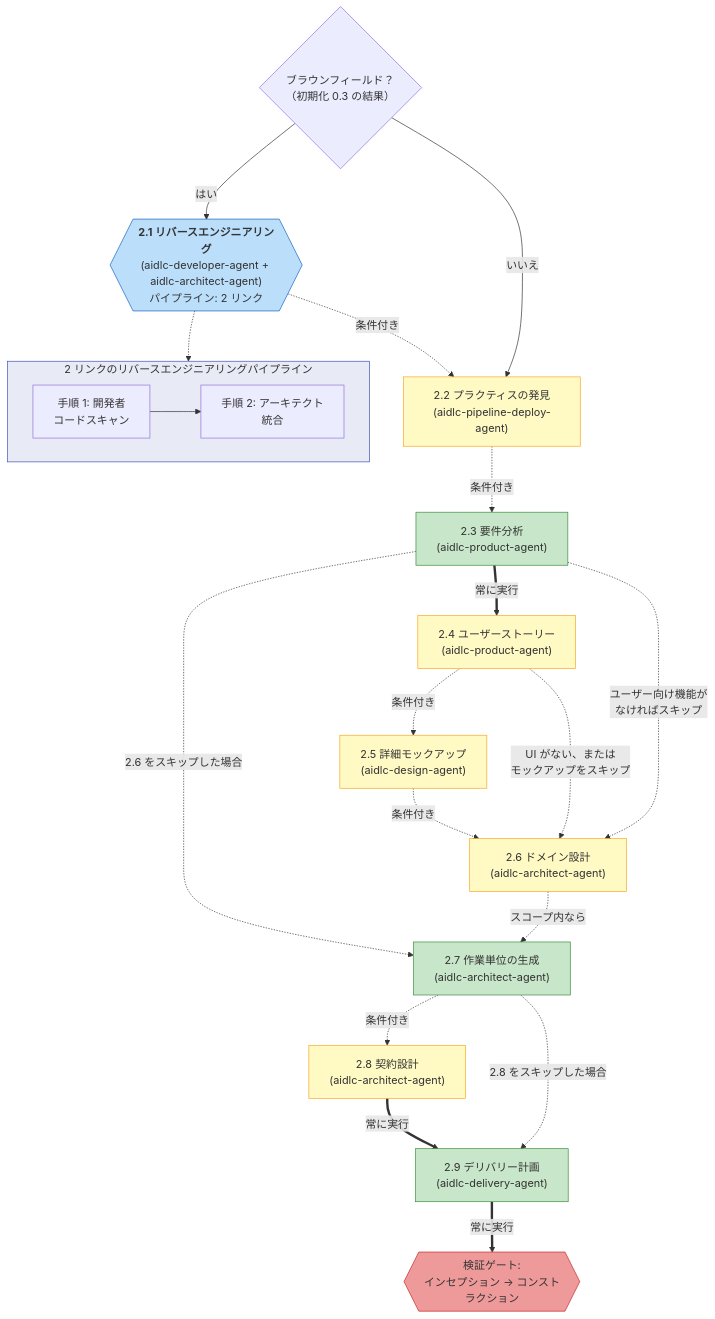
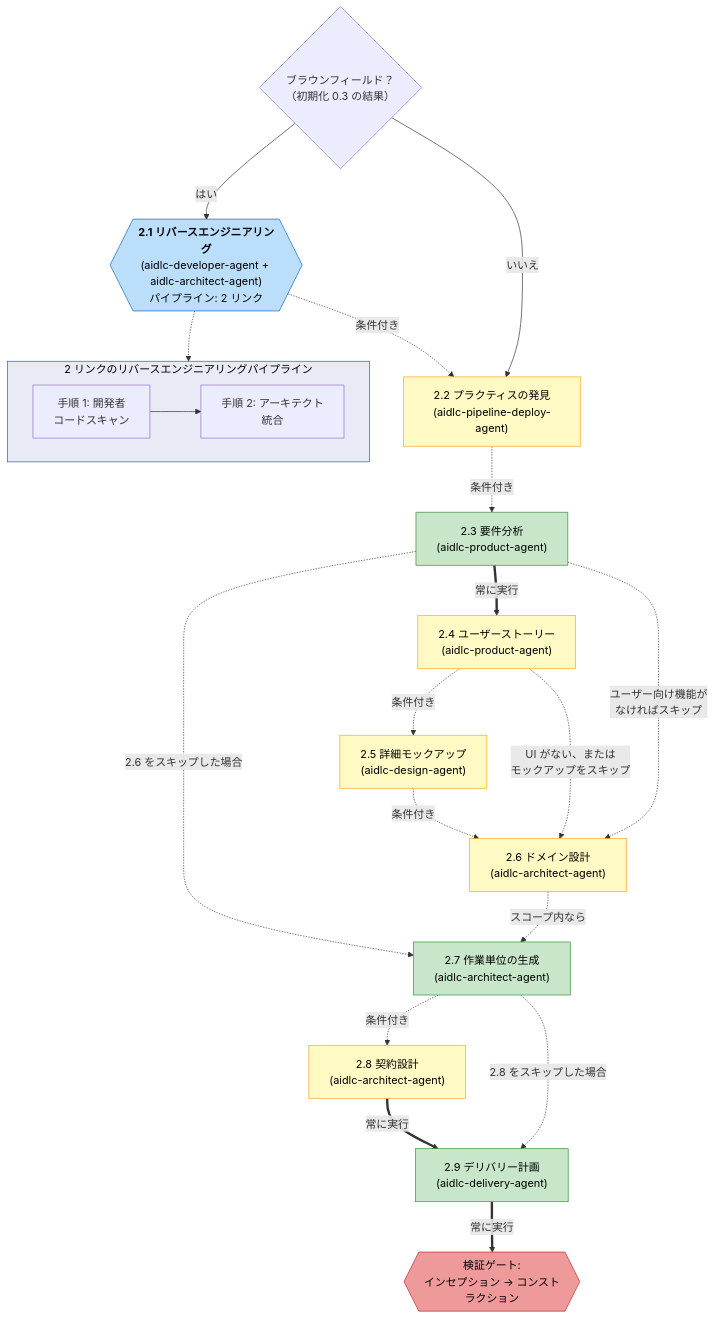
Before and after one commit to otomatty/aidlc-guide: the third of 6 diagrams in docs/guide/ja/04-phases-and-stages.md, drawn with Mermaid. The commit also changed other lines of this file and 321 other files, not shown here.

````diff
--- a/docs/guide/ja/04-phases-and-stages.md
+++ b/docs/guide/ja/04-phases-and-stages.md
@@ -140,54 +140,54 @@
 ```mermaid
 flowchart TD
     S21{{"`**2.1 リバースエンジニアリング**
     (aidlc-developer-agent + aidlc-architect-agent)
     パイプライン: 2 リンク`"}}
     S2P["2.2 プラクティスの発見\n(aidlc-pipeline-deploy-agent)"]
     S22["2.3 要件分析\n(aidlc-product-agent)"]
     S23["2.4 ユーザーストーリー\n(aidlc-product-agent)"]
     S24["2.5 詳細モックアップ\n(aidlc-design-agent)"]
     S25["2.6 ドメイン設計\n(aidlc-architect-agent)"]
     S26["2.7 作業単位の生成\n(aidlc-architect-agent)"]
     S2C["2.8 契約設計\n(aidlc-architect-agent)"]
     S27["2.9 デリバリー計画\n(aidlc-delivery-agent)"]
     VG2{{"検証ゲート:\nインセプション → コンストラクション"}}
 
     BF_CHECK{"ブラウンフィールド？\n（初期化 0.3 の結果）"}
     BF_CHECK -->|はい| S21
     BF_CHECK -->|いいえ| S2P
     S21 -.->|条件付き| S2P
     S2P -.->|条件付き| S22
 
     subgraph RE_DETAIL["2 リンクのリバースエンジニアリングパイプライン"]
         direction LR
         DEV_SCAN["手順 1: 開発者\nコードスキャン"]
         ARCH_SYNTH["手順 2: アーキテクト\n統合"]
         DEV_SCAN --> ARCH_SYNTH
     end
 
     S21 -.-> RE_DETAIL
 
     S22 ==>|常に実行| S23
     S22 -.->|"ユーザー向け機能が\nなければスキップ"| S25
     S23 -.->|条件付き| S24
     S23 -.->|"UI がない、または\nモックアップをスキップ"| S25
     S24 -.->|条件付き| S25
     S25 -.->|"スコープ内なら"| S26
     S22 -.->|"2.6 をスキップした場合"| S26
     S26 -.->|条件付き| S2C
     S26 -.->|"2.8 をスキップした場合"| S27
     S2C ==>|常に実行| S27
     S27 ==>|常に実行| VG2
 
-    style S21 fill:#bbdefb,stroke:#1565c0
-    style S2P fill:#fff9c4,stroke:#f9a825
-    style S22 fill:#c8e6c9,stroke:#388e3c
-    style S26 fill:#c8e6c9,stroke:#388e3c
-    style S27 fill:#c8e6c9,stroke:#388e3c
-    style S23 fill:#fff9c4,stroke:#f9a825
-    style S24 fill:#fff9c4,stroke:#f9a825
-    style S25 fill:#fff9c4,stroke:#f9a825
-    style S2C fill:#fff9c4,stroke:#f9a825
-    style VG2 fill:#ef9a9a,stroke:#c62828
-    style RE_DETAIL fill:#e8eaf6,stroke:#3f51b5
+    style S21 fill:#bbdefb,stroke:#1565c0,color:#000
+    style S2P fill:#fff9c4,stroke:#f9a825,color:#000
+    style S22 fill:#c8e6c9,stroke:#388e3c,color:#000
+    style S26 fill:#c8e6c9,stroke:#388e3c,color:#000
+    style S27 fill:#c8e6c9,stroke:#388e3c,color:#000
+    style S23 fill:#fff9c4,stroke:#f9a825,color:#000
+    style S24 fill:#fff9c4,stroke:#f9a825,color:#000
+    style S25 fill:#fff9c4,stroke:#f9a825,color:#000
+    style S2C fill:#fff9c4,stroke:#f9a825,color:#000
+    style VG2 fill:#ef9a9a,stroke:#c62828,color:#000
+    style RE_DETAIL fill:#e8eaf6,stroke:#3f51b5,color:#000
 ```
````
